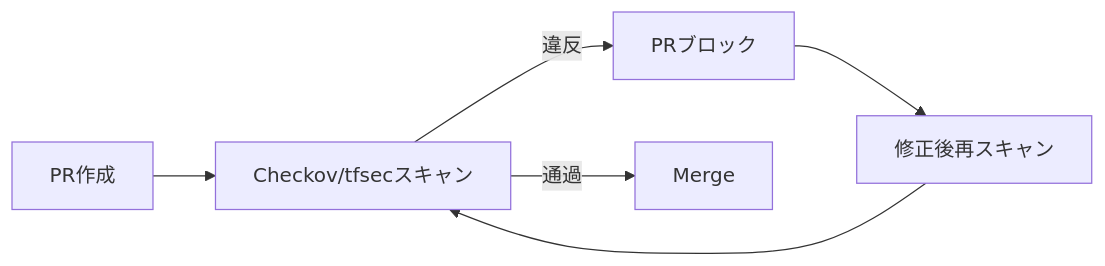
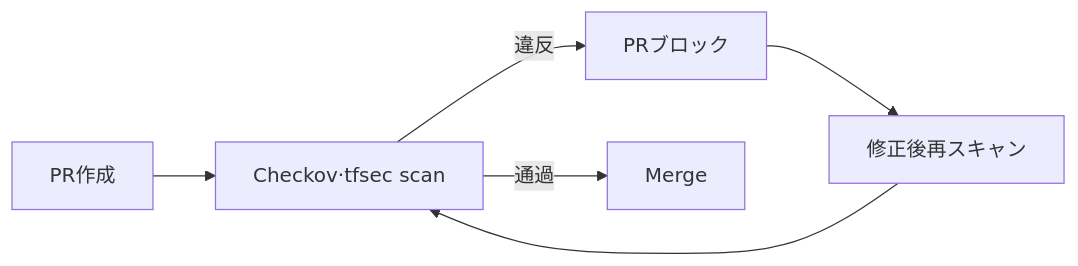
Before and after one commit to cloudpickr/cloudpick-docs: the third of 3 diagrams in src/content/docs/ja/devops/devsecops.md, drawn with Mermaid. The commit also changed 29 other files, not shown here.

First line of the commit message:
fix: Mermaid 전수조사 — 노드 라벨 슬래시 13건 수정 (ko/en/ja)

````diff
--- a/src/content/docs/ja/devops/devsecops.md
+++ b/src/content/docs/ja/devops/devsecops.md
@@ -98,8 +98,8 @@
 ```mermaid
 graph LR
-    A[PR作成] --> B[Checkov/tfsecスキャン]
+    A[PR作成] --> B[Checkov·tfsec scan]
     B -->|違反| C[PRブロック]
     C --> D[修正後再スキャン]
     D --> B
     B -->|通過| E[Merge]
 ```
````
